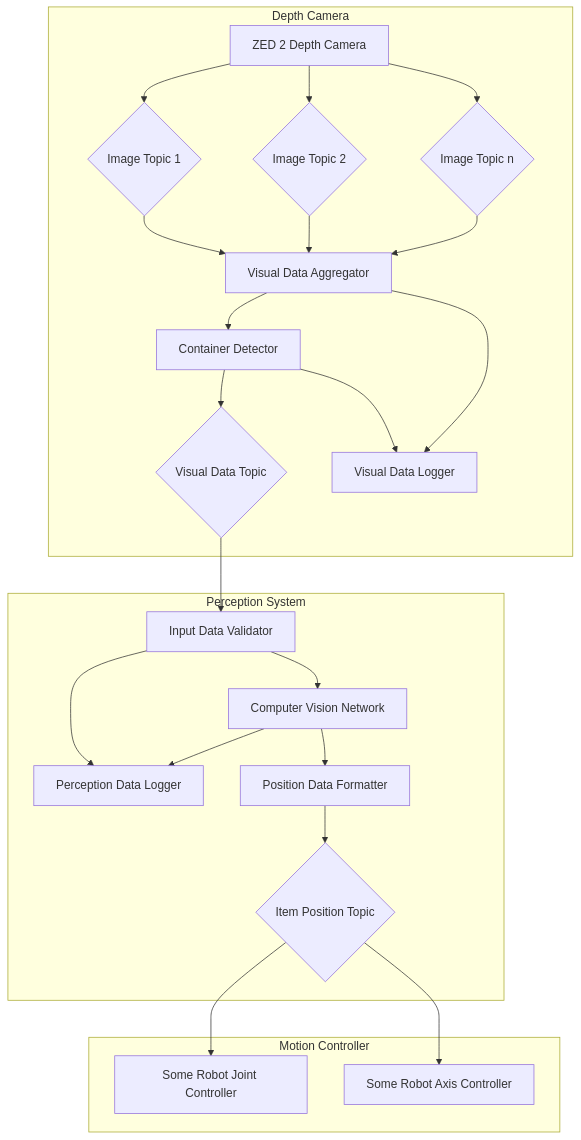
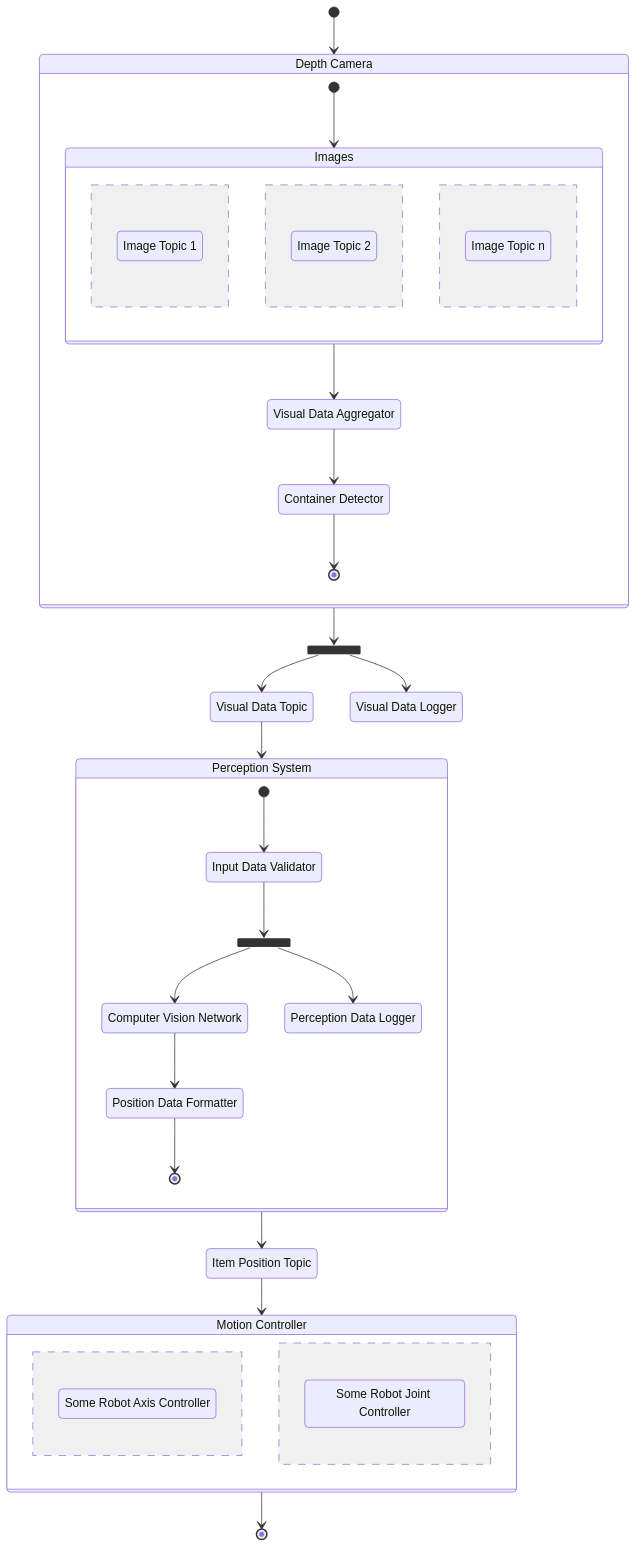
One commit to kanbanyte/sepa changed the diagram in assessments/sadrr.md. Above: the diagram before and after it, drawn with Mermaid.

Commit message:
Update assessments/sadrr.md
- fixed diagram after discussion with team

````diff
--- a/assessments/sadrr.md
+++ b/assessments/sadrr.md
@@ -114,58 +114,69 @@
 ```mermaid
-flowchart TD
+stateDiagram-v2
+	direction TB
+	state fork1 <<fork>>
+	state fork2 <<fork>>
+
 	%% Topics
-	Img1{Image Topic 1}
-	Img2{Image Topic 2}
-	ImgN{Image Topic n}
-	VisDat{Visual Data Topic}
-	ItemPos{Item Position Topic}
+	state "Image Topic 1" as Img1
+	state "Image Topic 2" as Img2
+	state "Image Topic n" as ImgN
+	state "Visual Data Topic" as VisualData
+	state "Item Position Topic" as Item
 
 	%% Sub-components in the Depth Camera
-	VisDatAgg[Visual Data Aggregator]
-	ConDec[Container Detector]
-	VisDatLog[Visual Data Logger]
-	Zed2[ZED 2 Depth Camera]
+	state "Visual Data Aggregator" as Aggregator
+	state "Container Detector" as Detector
+	state "Visual Data Logger" as CameraLog
 
 	%% Sub-components in the Perception System
-	IVal[Input Data Validator]
-	CVnet[Computer Vision Network]
-	CVDatLog[Perception Data Logger]
-	PosDatFmt[Position Data Formatter]
+	state "Input Data Validator" as Validator
+	state "Computer Vision Network" as Network
+	state "Perception Data Logger" as SystemLog
+	state "Position Data Formatter" as Formatter
 
 	%% Sub-components in the Motion Controller
-	JointCtrl[Some Robot Joint Controller]
-	AxisCtrl[Some Robot Axis Controller]
+	state "Some Robot Axis Controller" as AxisCtrl
+	state "Some Robot Joint Controller" as JointCtrl
 
 	%% Components and relationships within them
-	subgraph Camera[Depth Camera]
-		Zed2 --> Img1
-		Zed2 --> Img2
-		Zed2 --> ImgN
+	state "Depth Camera" as Camera {
+		[*] --> Images
+		Images --> Aggregator
+		Aggregator --> Detector
+		Detector --> [*]
+	}
 
-		Img1 --> VisDatAgg
-		Img2 --> VisDatAgg
-		ImgN --> VisDatAgg
+	state "Perception System" as Perception {
+		[*] --> Validator
+		Validator --> fork1
+		fork1 --> Network
+		fork1 --> SystemLog
+		Network --> Formatter
+		Formatter --> [*]
+	}
 
-		VisDatAgg --> ConDec
+	state "Motion Controller" as Controller {
+		AxisCtrl
+		--
+		JointCtrl
+	}
 
-		ConDec --> VisDatLog
-		VisDatAgg --> VisDatLog
-		ConDec --> VisDat
-	end
+	%% Further Implemented Concurrency
+	state Images {
+		Img1
+		--
+		Img2
+		--
+		ImgN
+	}
 
-	subgraph PercSys[Perception System]
-		VisDat --> IVal
-		IVal --> CVnet
-		CVnet --> PosDatFmt
-
-		IVal --> CVDatLog
-		CVnet --> CVDatLog
-
-		PosDatFmt --> ItemPos
-	end
-
-	subgraph MotCtrl[Motion Controller]
-		ItemPos --> AxisCtrl
-		ItemPos --> JointCtrl
-	end
+	[*] --> Camera
+	Camera --> fork2
+	fork2 --> VisualData
+	fork2 --> CameraLog
+	VisualData --> Perception
+	Perception --> Item
+	Item --> Controller
+	Controller --> [*]
 ```
````
